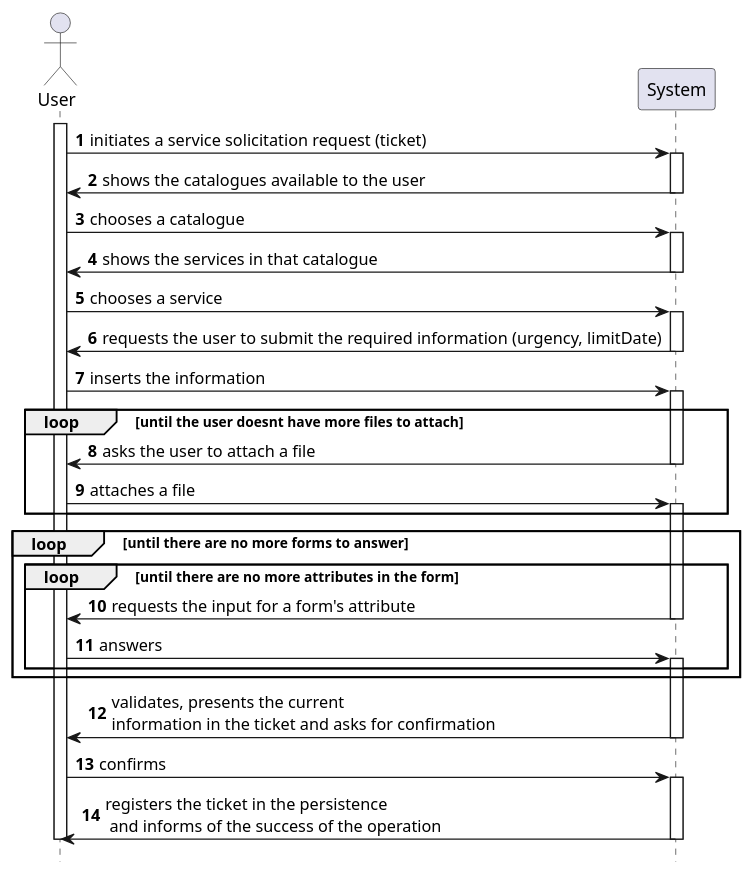
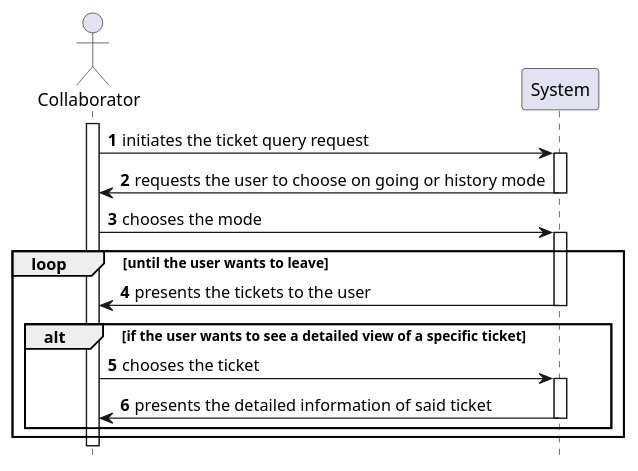
Before and after one commit to tiagoavcosta25/LAPR4: the diagram in doc/engenharia/SprintD/1190967/US-2-3031_SearchTickets/US-2-3031_SSD.puml, drawn with PlantUML. The commit also changed 2 other files, not shown here.

```diff
--- a/doc/engenharia/SprintD/1190967/US-2-3031_SearchTickets/US-2-3031_SSD.puml
+++ b/doc/engenharia/SprintD/1190967/US-2-3031_SearchTickets/US-2-3031_SSD.puml
@@ -1,59 +1,38 @@
 @startuml
 autonumber
 hide footbox
 
-actor "User" as US
+actor "Collaborator" as COLLAB
 participant "System" as SYST
 
-activate US
+activate COLLAB
 
-US -> SYST : initiates a service solicitation request (ticket)
+COLLAB -> SYST : initiates the ticket query request
 activate SYST
 
-SYST -> US : shows the catalogues available to the user
+SYST -> COLLAB : requests the user to choose on going or history mode
 deactivate SYST
 
-US -> SYST : chooses a catalogue
+COLLAB -> SYST : chooses the mode
 activate SYST
 
-SYST -> US : shows the services in that catalogue
+loop until the user wants to leave
+
+SYST -> COLLAB : presents the tickets to the user
 deactivate SYST
 
-US -> SYST : chooses a service
+alt if the user wants to see a detailed view of a specific ticket
+
+COLLAB -> SYST : chooses the ticket
 activate SYST
 
-SYST -> US : requests the user to submit the required information (urgency, limitDate)
+SYST -> COLLAB : presents the detailed information of said ticket
 deactivate SYST
 
-US -> SYST : inserts the information
-activate SYST
-
-loop until the user doesnt have more files to attach
-SYST -> US : asks the user to attach a file
-deactivate SYST
-
-US -> SYST : attaches a file
-activate SYST
 end
 
-loop until there are no more forms to answer
-loop until there are no more attributes in the form
-SYST -> US : requests the input for a form's attribute
-deactivate SYST
-
-US -> SYST : answers
-activate SYST
-end
 end
 
-SYST -> US : validates, presents the current \ninformation in the ticket and asks for confirmation
-deactivate SYST
-
-US -> SYST : confirms
-activate SYST
-
-SYST -> US : registers the ticket in the persistence\n and informs of the success of the operation
-deactivate SYST
-deactivate US
+deactivate COLLAB
 
 @enduml
```
